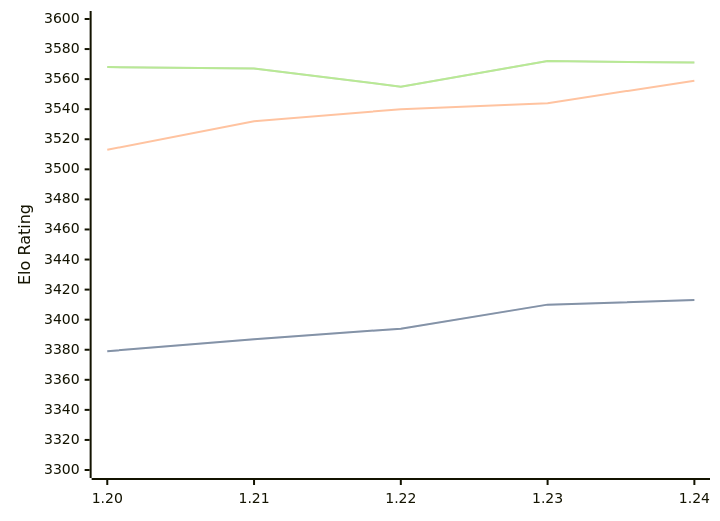
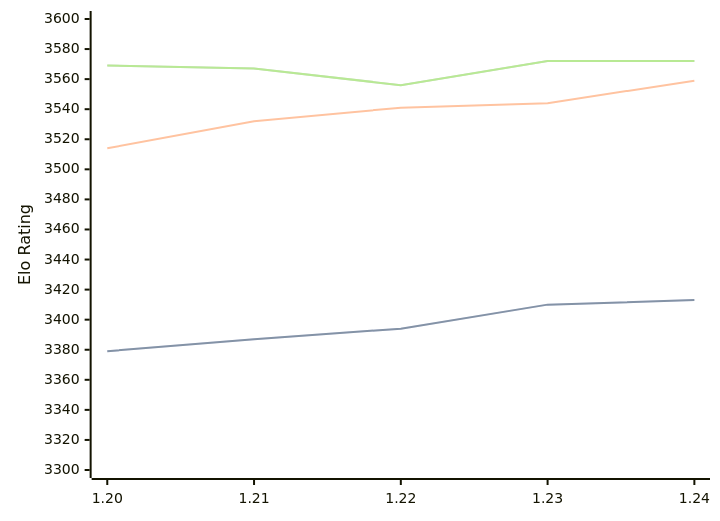
One commit to computer-chess-index/cci changed the diagram in engines/Caissa.md. Above: the diagram before and after it, drawn with Mermaid. The commit also changed other lines of this file, not shown here.

Commit message:
Update CCI Ratings (ELO VLTC) - 2026-04-02

````diff
--- a/engines/Caissa.md
+++ b/engines/Caissa.md
@@ -64,11 +64,11 @@
 ```mermaid
 %%{init: {"theme":"base","themeVariables":{"seriesColors:['#a3a3a3','#222221','#faa371']}}}%%
 xychart-beta
   x-axis ["1.20", "1.21", "1.22", "1.23", "1.24"]
   y-axis "Elo Rating" 3300 --> 3600
   line "STC (8.0+0.08s)" [3379, 3387, 3394, 3410, 3413]
   line "STC (8.0+0.08s)" [3379, 3387, 3394, 3410, 3413]
-  line "LTC (60.0+0.60s)" [3513, 3532, 3540, 3544, 3559]
-  line "VLTC (2m24s+1.12s)" [3568, 3567, 3555, 3572, 3571]
-  line "VLTC (2m24s+1.12s)" [3568, 3567, 3555, 3572, 3571]
+  line "LTC (60.0+0.60s)" [3514, 3532, 3541, 3544, 3559]
+  line "VLTC (2m24s+1.12s)" [3569, 3567, 3556, 3572, 3572]
+  line "VLTC (2m24s+1.12s)" [3569, 3567, 3556, 3572, 3572]
 ```
````
